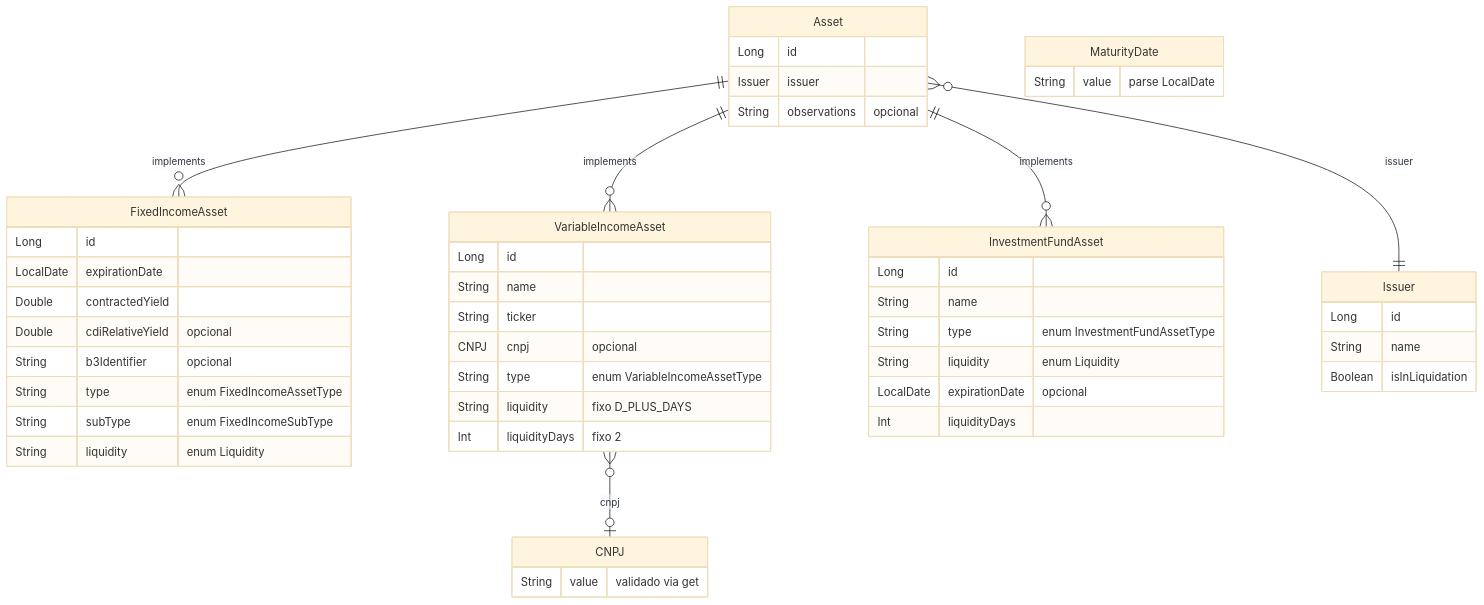
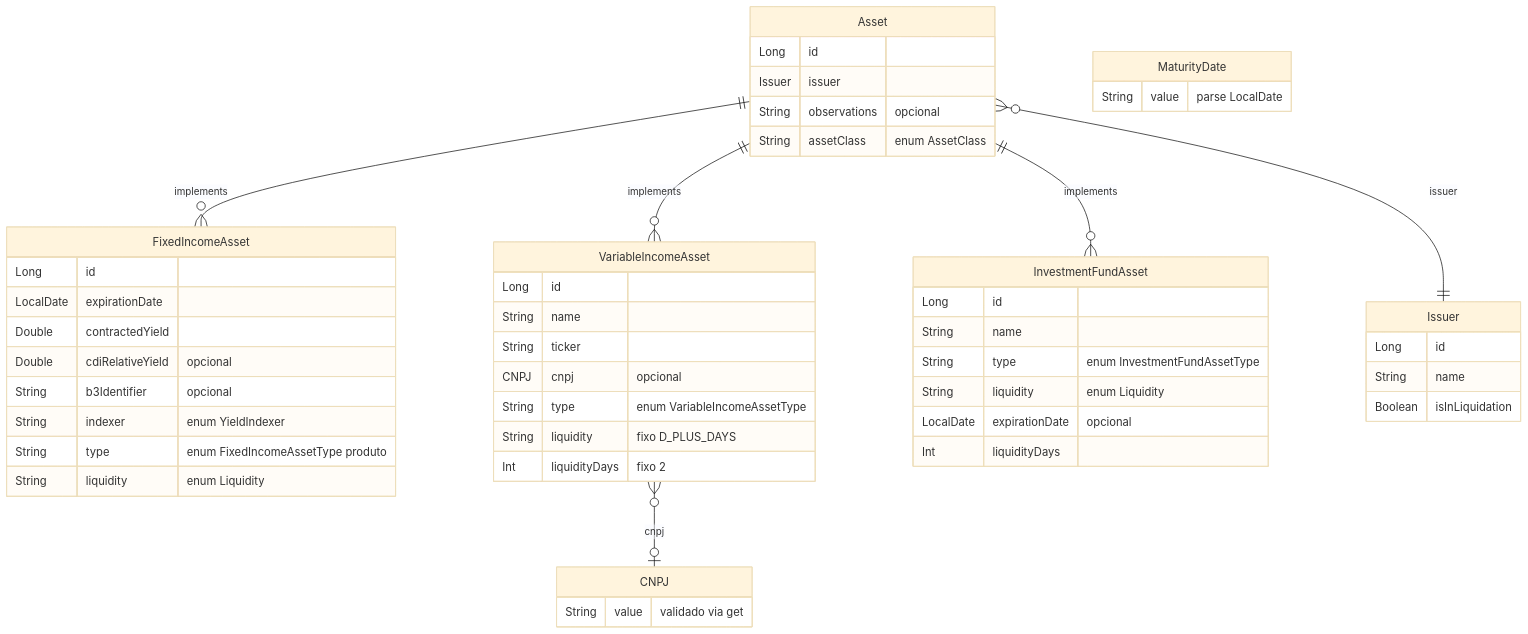
The first of 5 diagrams in core/domain/entity/docs/DOMAIN.md (enirsilvaferraz/Investments-KMP), drawn with Mermaid (base theme) before and after one commit. The commit also changed other lines of this file and 75 other files, not shown here.

````diff
--- a/core/domain/entity/docs/DOMAIN.md
+++ b/core/domain/entity/docs/DOMAIN.md
@@ -110,51 +110,52 @@
 ```mermaid
 erDiagram
     Asset {
         Long id
         Issuer issuer
         String observations "opcional"
+        String assetClass "enum AssetClass"
     }
     FixedIncomeAsset {
         Long id
         LocalDate expirationDate
         Double contractedYield
         Double cdiRelativeYield "opcional"
         String b3Identifier "opcional"
-        String type "enum FixedIncomeAssetType"
-        String subType "enum FixedIncomeSubType"
+        String indexer "enum YieldIndexer"
+        String type "enum FixedIncomeAssetType produto"
         String liquidity "enum Liquidity"
     }
     VariableIncomeAsset {
         Long id
         String name
         String ticker
         CNPJ cnpj "opcional"
         String type "enum VariableIncomeAssetType"
         String liquidity "fixo D_PLUS_DAYS"
         Int liquidityDays "fixo 2"
     }
     InvestmentFundAsset {
         Long id
         String name
         String type "enum InvestmentFundAssetType"
         String liquidity "enum Liquidity"
         LocalDate expirationDate "opcional"
         Int liquidityDays
     }
     Issuer {
         Long id
         String name
         Boolean isInLiquidation
     }
     CNPJ {
         String value "validado via get"
     }
     MaturityDate {
         String value "parse LocalDate"
     }
     Asset ||--o{ FixedIncomeAsset : "implements"
     Asset ||--o{ VariableIncomeAsset : "implements"
     Asset ||--o{ InvestmentFundAsset : "implements"
     Asset }o--|| Issuer : "issuer"
     VariableIncomeAsset }o--o| CNPJ : "cnpj"
 ```
````
